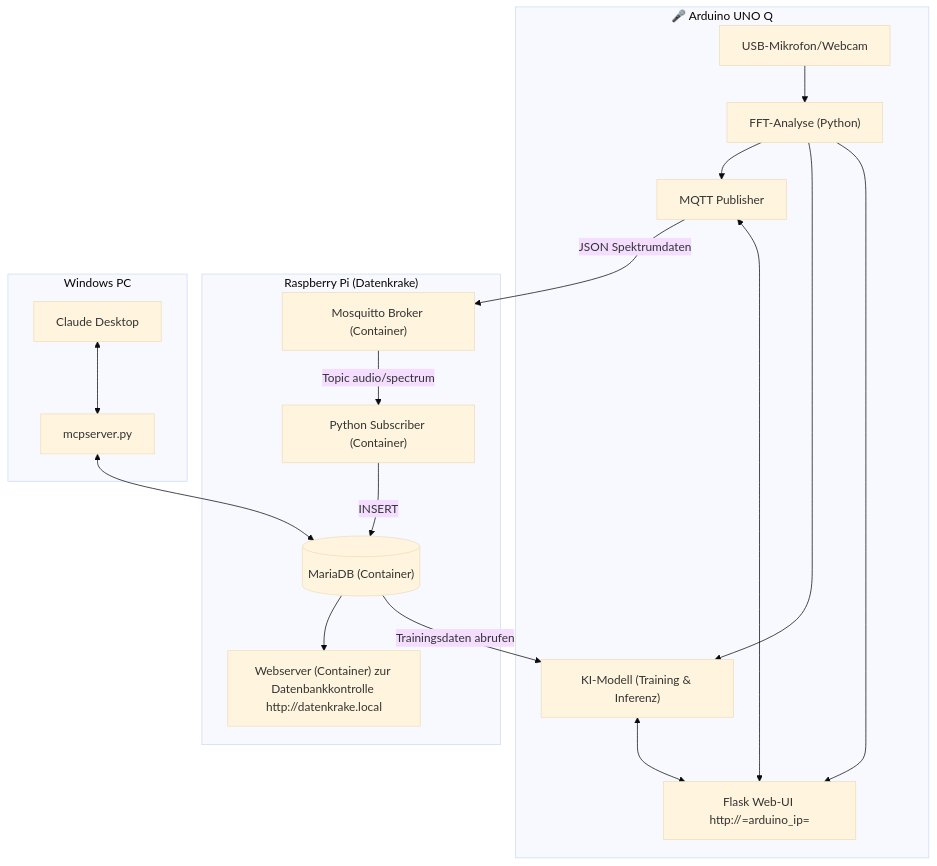
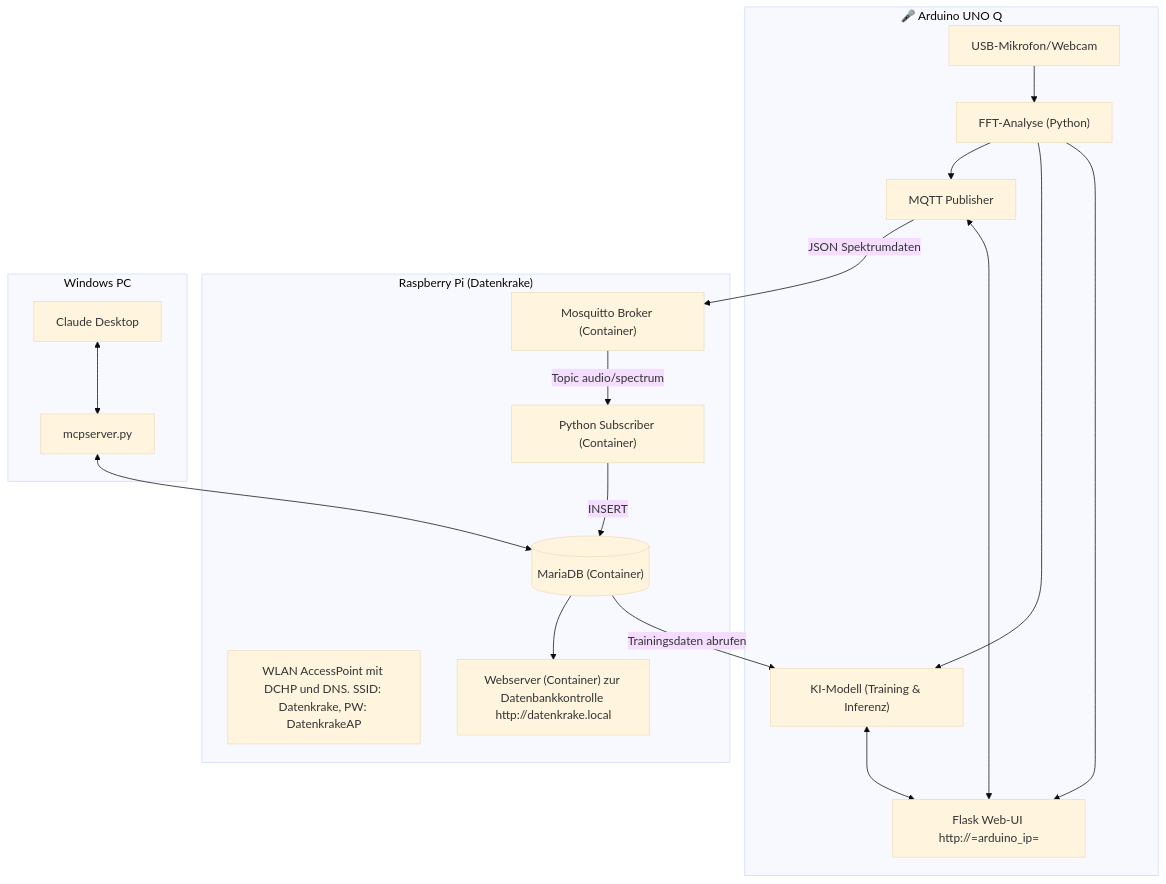
The first of 3 diagrams in README.md (FlowTheTensor/Datenkrake-Container), drawn with Mermaid (base theme) before and after one commit. The commit also changed other lines of this file and 2 other files, not shown here.

````diff
--- a/README.md
+++ b/README.md
@@ -84,31 +75,32 @@
 ```mermaid
 flowchart TD
 subgraph AQ["🎤 Arduino UNO Q"]
   MIC["USB-Mikrofon/Webcam"]
   FFT["FFT-Analyse (Python)"]
   MQTT["MQTT Publisher"]
   ML["KI-Modell (Training & Inferenz)"]
   WEB["Flask Web-UI http://=arduino_ip="]
   MIC --> FFT
   FFT --> MQTT
   FFT --> ML
   FFT --> WEB
   ML <--> WEB
   WEB <--> MQTT
 end
 MQTT -->|JSON Spektrumdaten| MQ
 subgraph RPi["Raspberry Pi (Datenkrake)"]
+  AP["WLAN AccessPoint mit DCHP und DNS. SSID: Datenkrake, PW: DatenkrakeAP"]
   MQ["Mosquitto Broker (Container)"]
   WEBS["Webserver (Container) zur Datenbankkontrolle http://datenkrake.local"]
   MQ -->|Topic audio/spectrum| SUB["Python Subscriber (Container)"]
   SUB -->|INSERT| DB[("MariaDB (Container)")]
   DB --> WEBS
 end
 DB -->|Trainingsdaten abrufen| ML
 subgraph WIN["Windows PC"]
   CL["Claude Desktop"]
   MCPS["mcpserver.py"]
   CL <--> MCPS
   MCPS <--> DB
 end
 ```
````
